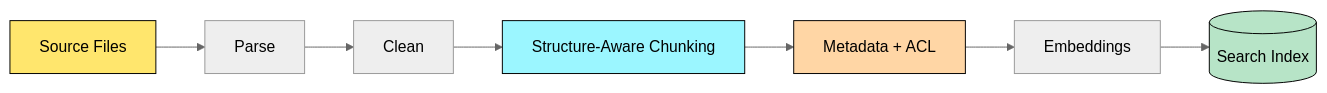
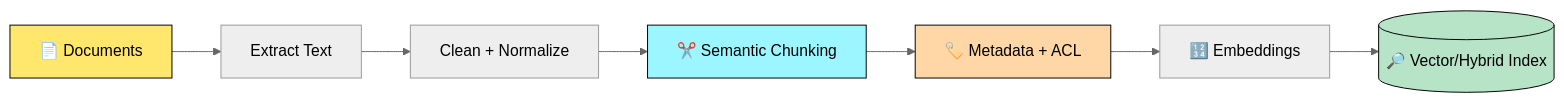
One commit to azam123/Engineering-Interview-Prep changed the second of 4 diagrams in 05-GenAI-RAG-Interview-QA.md. Above: the diagram before and after it, drawn with Mermaid (neutral theme). The commit also changed other lines of this file, not shown here.

````diff
--- a/05-GenAI-RAG-Interview-QA.md
+++ b/05-GenAI-RAG-Interview-QA.md
@@ -119,14 +99,14 @@
 ```mermaid
 flowchart LR
-    A[Source Files] --> B[Parse]
-    B --> C[Clean]
-    C --> D[Structure-Aware Chunking]
-    D --> E[Metadata + ACL]
-    E --> F[Embeddings]
-    F --> G[(Search Index)]
+    A[📄 Documents] --> B[Extract Text]
+    B --> C[Clean + Normalize]
+    C --> D[✂️ Semantic Chunking]
+    D --> E[🏷️ Metadata + ACL]
+    E --> F[🔢 Embeddings]
+    F --> G[(🔎 Vector/Hybrid Index)]
 
     style A fill:#ffe66d,color:#000,stroke:#000
     style D fill:#9bf6ff,color:#000,stroke:#000
     style E fill:#ffd6a5,color:#000,stroke:#000
     style G fill:#b7e4c7,color:#000,stroke:#000
 ```
````
